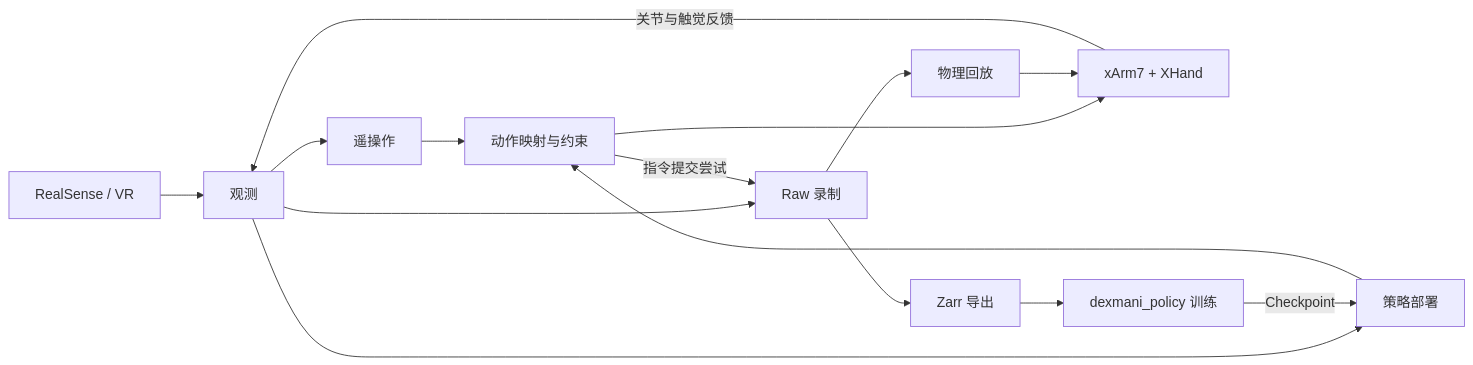
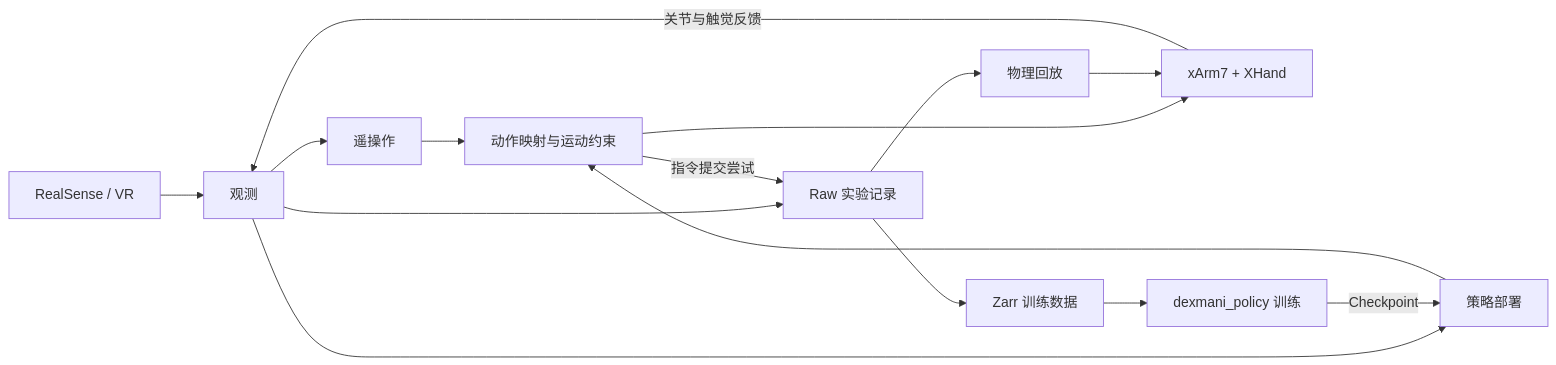
Before and after one commit to haoyangzhanglab/dexmani_real: the diagram in README.md, drawn with Mermaid. The commit also changed other lines of this file and 11 other files, not shown here.

````diff
--- a/README.md
+++ b/README.md
@@ -9,12 +9,12 @@
 ```mermaid
 flowchart LR
     sensors[RealSense / VR] --> observation[观测]
     robot[xArm7 + XHand] -->|关节与触觉反馈| observation
-    observation --> teleop[遥操作] --> control[动作映射与约束] --> robot
+    observation --> teleop[遥操作] --> control[动作映射与运动约束] --> robot
     observation --> deployment[策略部署] --> control
-    observation --> raw[Raw 录制]
+    observation --> raw[Raw 实验记录]
     control -->|指令提交尝试| raw
-    raw --> export[Zarr 导出] --> training[dexmani_policy 训练]
+    raw --> export[Zarr 训练数据] --> training[dexmani_policy 训练]
     training -->|Checkpoint| deployment
     raw --> replay[物理回放] --> robot
 ```
````
